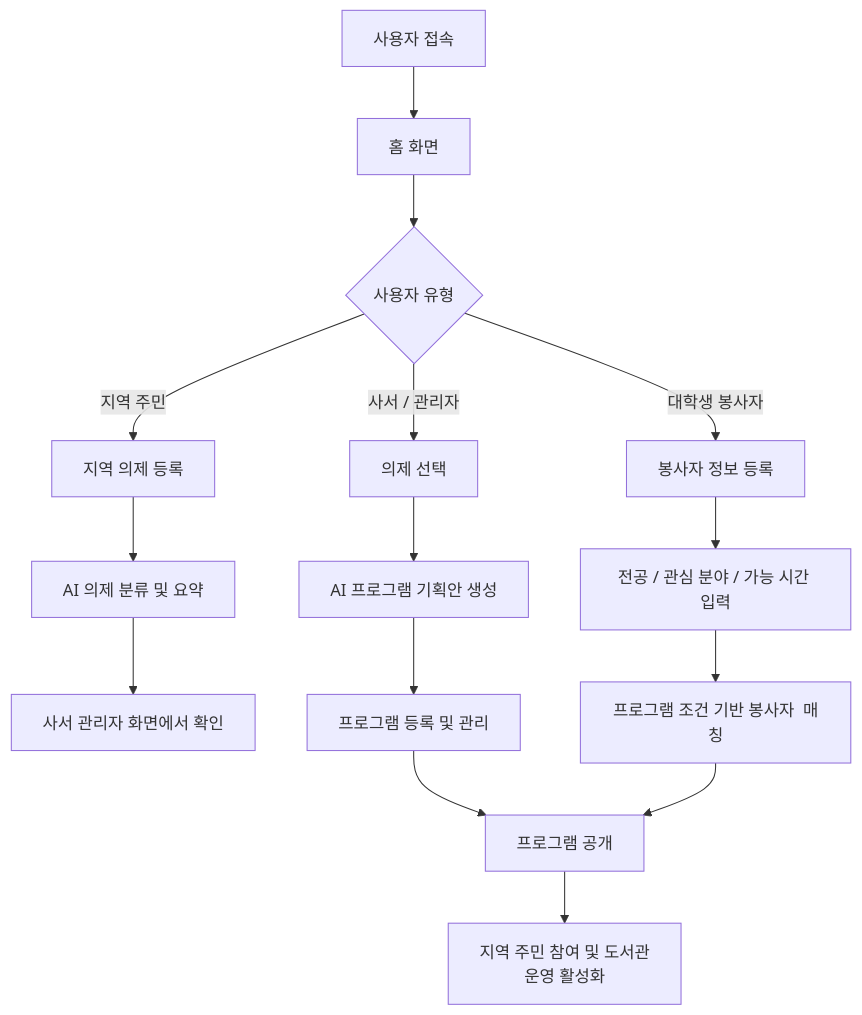
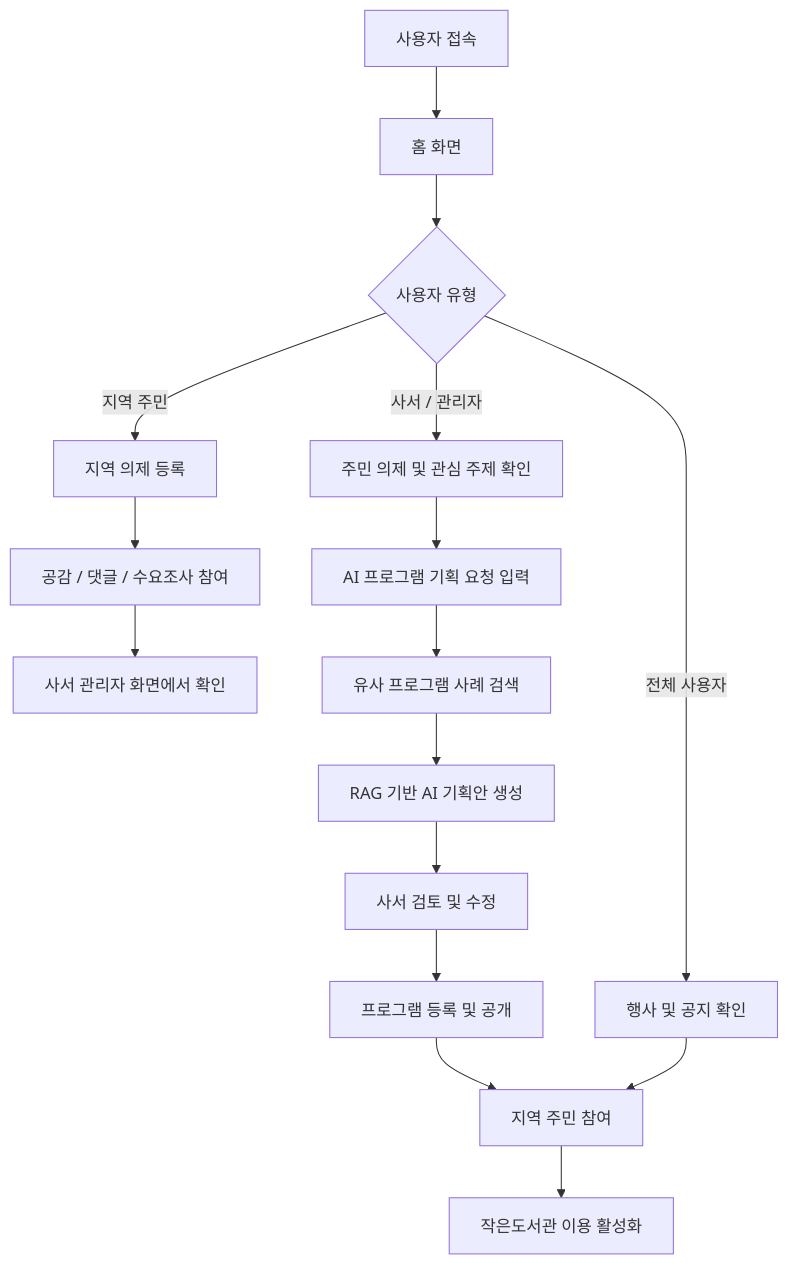
Before and after one commit to PNU-2026-AI-Hackathon/pnuai-a-02-potg: the second of 2 diagrams in README.md, drawn with Mermaid. The commit also changed other lines of this file, not shown here.

````diff
--- a/README.md
+++ b/README.md
@@ -227,21 +232,21 @@
 ```mermaid
 flowchart TD
     A[사용자 접속] --> B[홈 화면]
     B --> C{사용자 유형}
 
     C -->|지역 주민| D[지역 의제 등록]
-    D --> E[AI 의제 분류 및 요약]
+    D --> E[공감 / 댓글 / 수요조사 참여]
     E --> F[사서 관리자 화면에서 확인]
 
-    C -->|사서 / 관리자| G[의제 선택]
-    G --> H[AI 프로그램 기획안 생성]
-    H --> I[프로그램 등록 및 관리]
+    C -->|사서 / 관리자| G[주민 의제 및 관심 주제 확인]
+    G --> H[AI 프로그램 기획 요청 입력]
+    H --> I[유사 프로그램 사례 검색]
+    I --> J[RAG 기반 AI 기획안 생성]
+    J --> K[사서 검토 및 수정]
+    K --> L[프로그램 등록 및 공개]
 
-    C -->|대학생 봉사자| J[봉사자 정보 등록]
-    J --> K[전공 / 관심 분야 / 가능 시간 입력]
-    K --> L[프로그램 조건 기반 봉사자  매칭]
-
-    I --> M[프로그램 공개]
-    L --> M
-    M --> N[지역 주민 참여 및 도서관<br/>운영 활성화]
+    C -->|전체 사용자| M[행사 및 공지 확인]
+    L --> N[지역 주민 참여]
+    M --> N
+    N --> O[작은도서관 이용 활성화]
 ```
````
